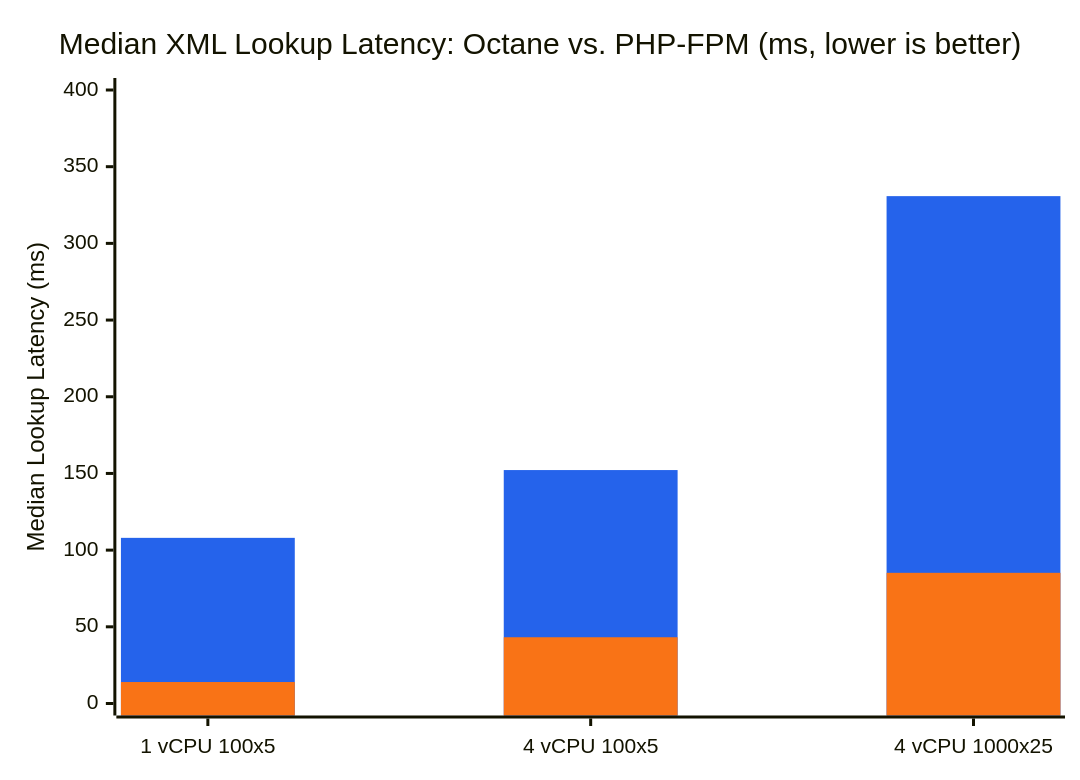
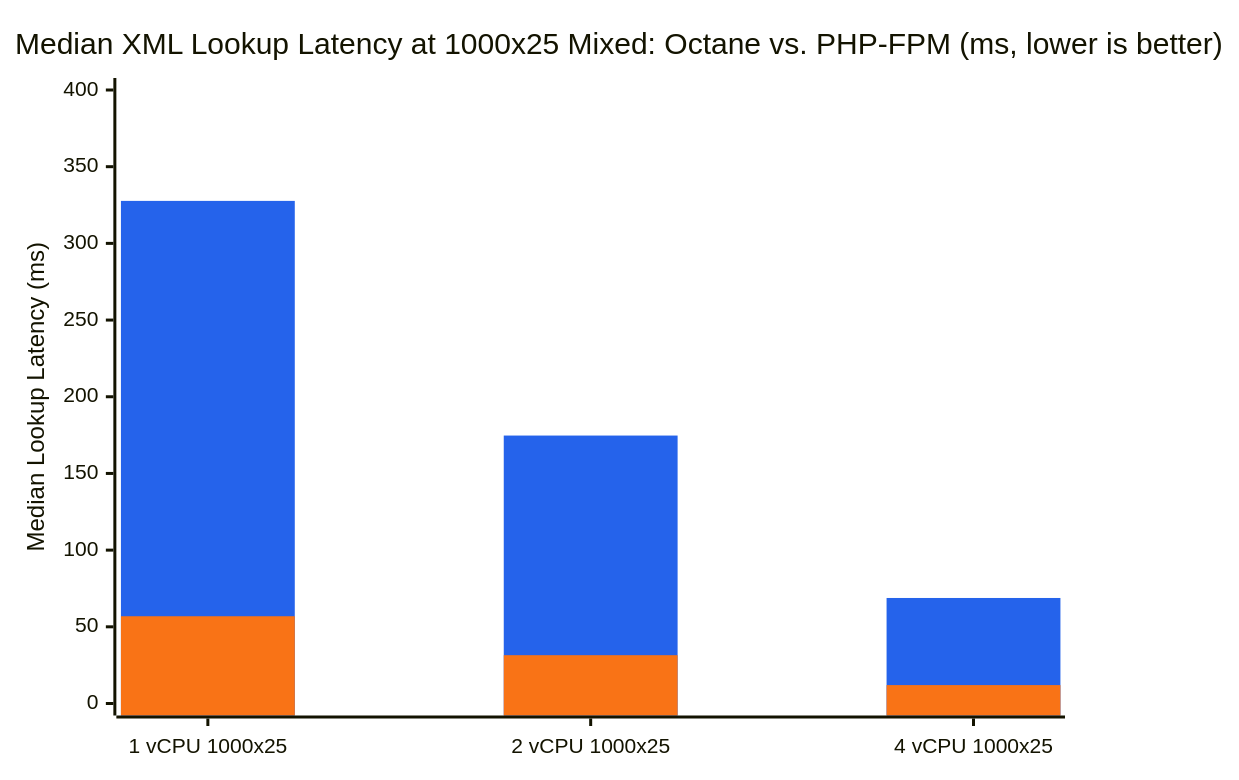
One commit to tallpbx/tallpbx changed the second of 2 diagrams in docs/load-testing-results.md. Above: the diagram before and after it, drawn with Mermaid. The commit also changed other lines of this file and 10 other files, not shown here.

````diff
--- a/docs/load-testing-results.md
+++ b/docs/load-testing-results.md
@@ -117,14 +94,14 @@
 ```mermaid
 ---
 config:
   themeVariables:
     xyChart:
       plotColorPalette: "#2563eb, #f97316"
 ---
 xychart-beta
-    title "Median XML Lookup Latency: Octane vs. PHP-FPM (ms, lower is better)"
-    x-axis ["1 vCPU 100x5", "4 vCPU 100x5", "4 vCPU 1000x25"]
+    title "Median XML Lookup Latency at 1000x25 Mixed: Octane vs. PHP-FPM (ms, lower is better)"
+    x-axis ["1 vCPU 1000x25", "2 vCPU 1000x25", "4 vCPU 1000x25"]
     y-axis "Median Lookup Latency (ms)" 0 --> 400
-    bar [108, 152.2, 330.8]
-    bar [14, 43.2, 85.2]
+    bar [327.7, 174.7, 68.8]
+    bar [56.9, 31.5, 12.0]
 ```
````
